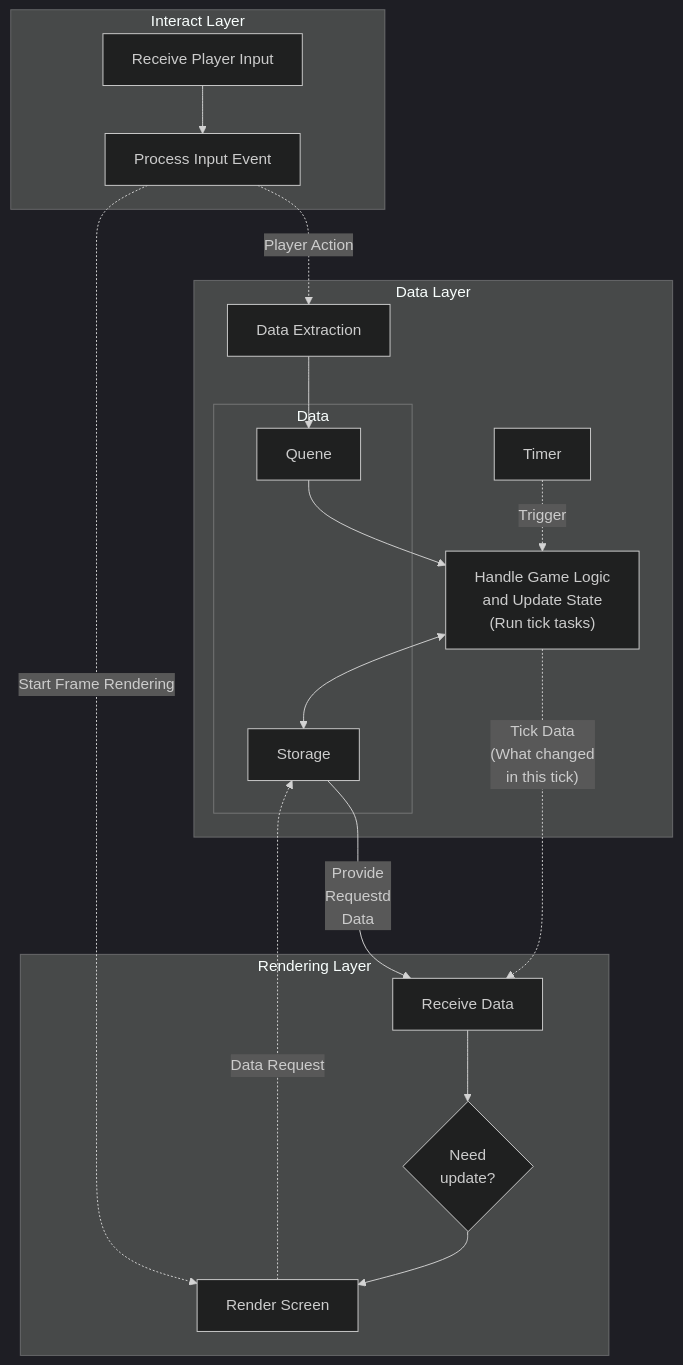
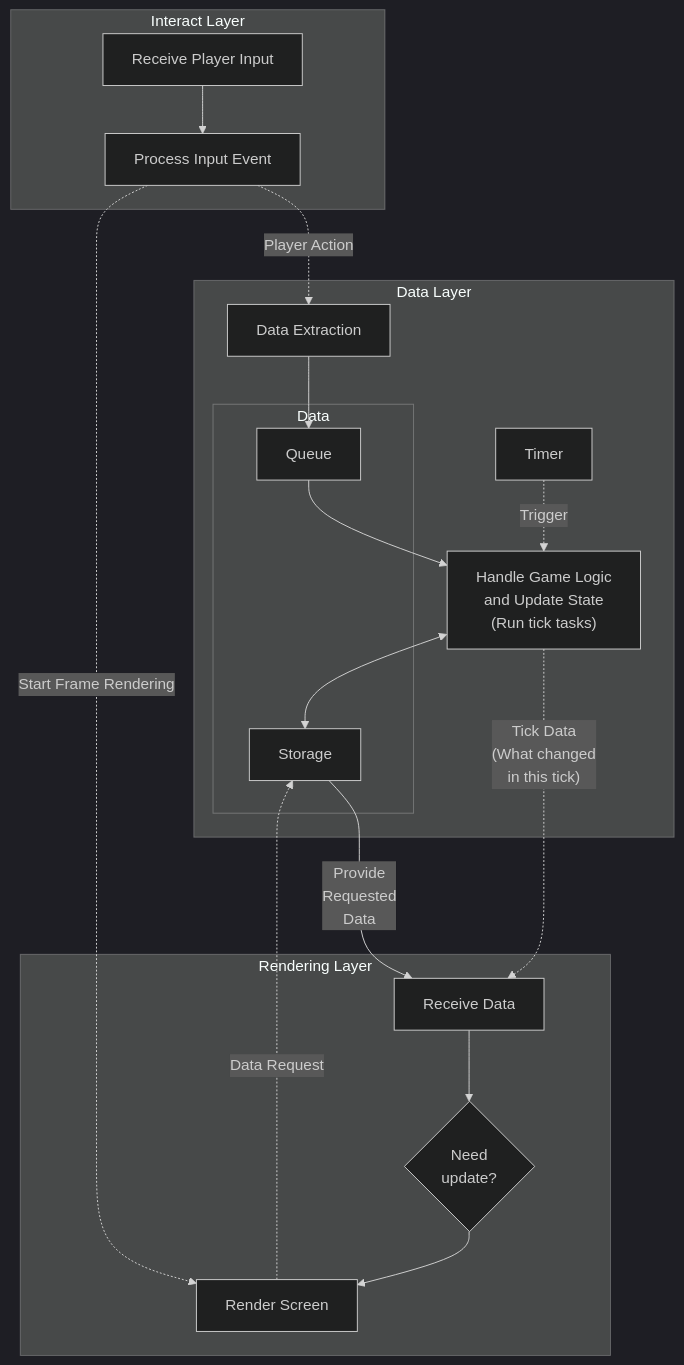
The diagram in docs/Project-Structure.md (Yuba-Technology/Input-Magic), drawn with Mermaid (dark theme) before and after one commit. The commit also changed other lines of this file, not shown here.

Commit message:
Docs(Project-Structure.md): Update project structure diagram

````diff
--- a/docs/Project-Structure.md
+++ b/docs/Project-Structure.md
@@ -24,43 +20,43 @@
 ```mermaid
 graph TD
 subgraph Interact Layer
 A[Receive Player Input]
 B[Process Input Event]
 A --> B
 end
 
 subgraph Data Layer
 C["Handle Game Logic
 and Update State
 (Run tick tasks)"]
 subgraph Data
 D[Storage]
-J[Quene]
+J[Queue]
 end
 H[Timer]
 I[Data Extraction]
 C <--> D
 H -.->|Trigger| C
 end
 
 subgraph Rendering Layer
 E[Receive Data]
 F{Need
 update?}
 G[Render Screen]
 E --> F
 F --> G
 G -.->|Data Request| D
 D -->|Provide
-Requestd
+Requested
 Data| E
 end
 
 B -.->|Player Action| I
 I --> J
 J --> C
 B -.->|Start Frame Rendering| G
 C -.->|"Tick Data
 (What changed
 in this tick)"| E
 ```
````
